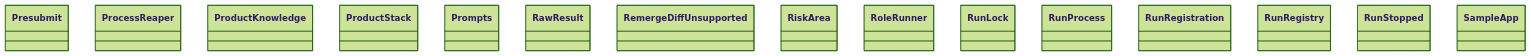
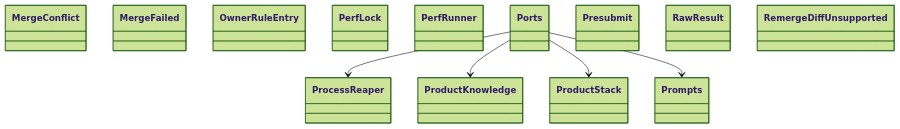
One commit to GonzaloZevallos/agentic-system changed the diagram in docs/architecture/generated/classes-process-application-support-4.md. Above: the diagram before and after it, drawn with Mermaid (forest theme). The commit also changed other lines of this file and 43 other files, not shown here.

````diff
--- a/docs/architecture/generated/classes-process-application-support-4.md
+++ b/docs/architecture/generated/classes-process-application-support-4.md
@@ -18,18 +19,20 @@
 ```mermaid
 classDiagram
+    class ports__MergeConflict["MergeConflict"]
+    class ports__MergeFailed["MergeFailed"]
+    class ports__OwnerRuleEntry["OwnerRuleEntry"]
+    class ports__PerfLock["PerfLock"]
+    class ports__PerfRunner["PerfRunner"]
+    class ports__Ports["Ports"]
     class ports__Presubmit["Presubmit"]
     class ports__ProcessReaper["ProcessReaper"]
     class ports__ProductKnowledge["ProductKnowledge"]
     class ports__ProductStack["ProductStack"]
     class ports__Prompts["Prompts"]
     class ports__RawResult["RawResult"]
     class ports__RemergeDiffUnsupported["RemergeDiffUnsupported"]
-    class ports__RiskArea["RiskArea"]
-    class ports__RoleRunner["RoleRunner"]
-    class ports__RunLock["RunLock"]
-    class ports__RunProcess["RunProcess"]
-    class ports__RunRegistration["RunRegistration"]
-    class ports__RunRegistry["RunRegistry"]
-    class ports__RunStopped["RunStopped"]
-    class ports__SampleApp["SampleApp"]
+    ports__Ports --> ports__ProcessReaper
+    ports__Ports --> ports__ProductKnowledge
+    ports__Ports --> ports__ProductStack
+    ports__Ports --> ports__Prompts
 ```
````
